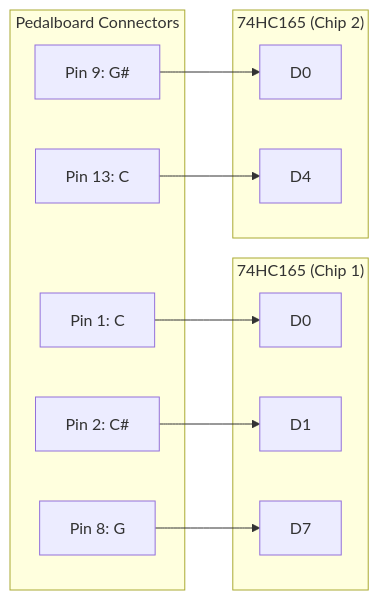
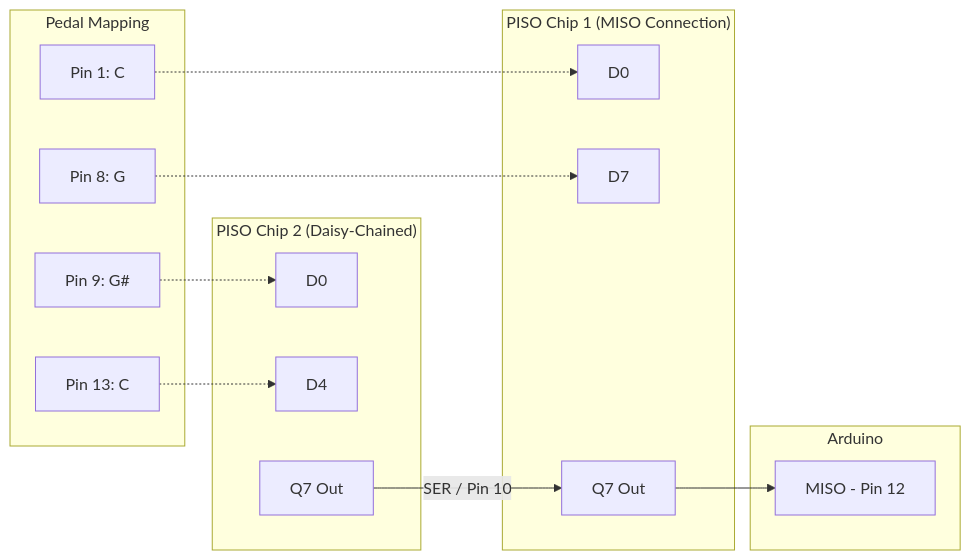
One commit to Ori226/organ_to_midi changed the diagram in PEDAL_WIRING.md. Above: the diagram before and after it, drawn with Mermaid. The commit also changed other lines of this file and 1 other file, not shown here.

Commit message:
docs: add physical IC pin numbers and pinout reference to pedal wiring

````diff
--- a/PEDAL_WIRING.md
+++ b/PEDAL_WIRING.md
@@ -45,27 +56,34 @@
 ```mermaid
 graph LR
-    subgraph "Pedalboard Connectors"
+    subgraph "Pedal Mapping"
         P1[Pin 1: C]
-        P2[Pin 2: C#]
         P8[Pin 8: G]
         P9[Pin 9: G#]
         P13[Pin 13: C]
     end
 
-    subgraph "74HC165 (Chip 1)"
+    subgraph "PISO Chip 1 (MISO Connection)"
         C1D0[D0]
-        C1D1[D1]
         C1D7[D7]
+        C1OUT[Q7 Out]
     end
 
-    subgraph "74HC165 (Chip 2)"
+    subgraph "PISO Chip 2 (Daisy-Chained)"
         C2D0[D0]
         C2D4[D4]
+        C2OUT[Q7 Out]
     end
 
-    P1 --> C1D0
-    P2 --> C1D1
-    P8 --> C1D7
-    P9 --> C2D0
-    P13 --> C2D4
+    subgraph "Arduino"
+        MISO[MISO - Pin 12]
+    end
+
+    P1 -.-> C1D0
+    P8 -.-> C1D7
+    C1OUT --> MISO
+
+    P9 -.-> C2D0
+    P13 -.-> C2D4
+    C2OUT -->|SER / Pin 10| C1OUT
+    %% Note: Specific SER pin connection varies by chip, usually Pin 10 on 74HC165
 ```
````
